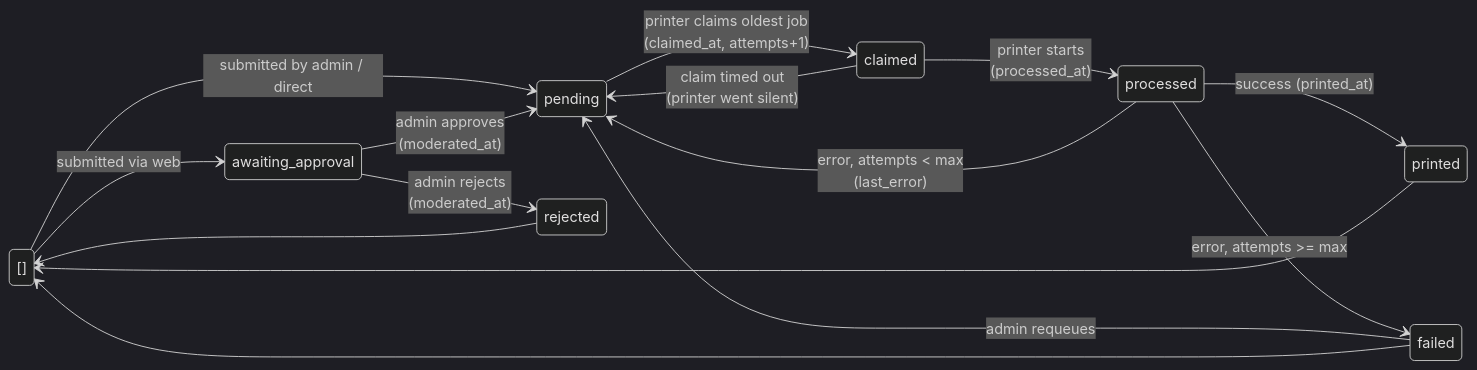
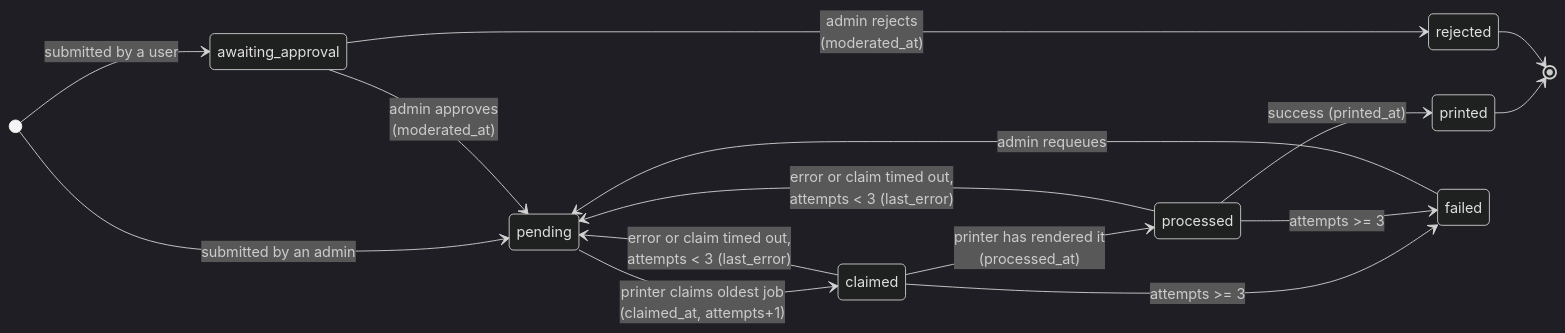
Before and after one commit to DamDRAIME/burn-before-reading: the third of 3 diagrams in server/README.md, drawn with Mermaid (dark theme). The commit also changed other lines of this file and 28 other files, not shown here.

````diff
--- a/server/README.md
+++ b/server/README.md
@@ -78,18 +190,18 @@
 ```mermaid
 stateDiagram-v2
 direction LR
-[] --> awaiting_approval : submitted via web
-[] --> pending : submitted by admin / direct
+[*] --> awaiting_approval : submitted by a user
+[*] --> pending : submitted by an admin
 awaiting_approval --> pending : admin approves<br/>(moderated_at)
 awaiting_approval --> rejected : admin rejects<br/>(moderated_at)
 pending --> claimed : printer claims oldest job<br/>(claimed_at, attempts+1)
-claimed --> processed : printer starts<br/>(processed_at)
-claimed --> pending : claim timed out<br/>(printer went silent)
+claimed --> processed : printer has rendered it<br/>(processed_at)
 processed --> printed : success (printed_at)
-processed --> pending : error, attempts < max<br/>(last_error)
-processed --> failed : error, attempts >= max
+claimed --> pending : error or claim timed out,<br/>attempts < 3 (last_error)
+processed --> pending : error or claim timed out,<br/>attempts < 3 (last_error)
+claimed --> failed : attempts >= 3
+processed --> failed : attempts >= 3
 failed --> pending : admin requeues
-printed --> []
-rejected --> []
-failed --> []
+printed --> [*]
+rejected --> [*]
 ```
````
